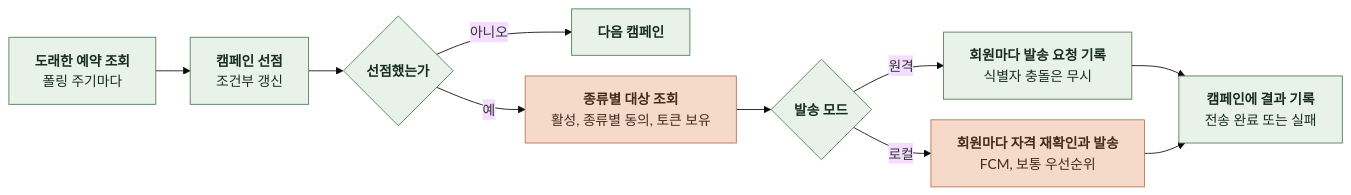
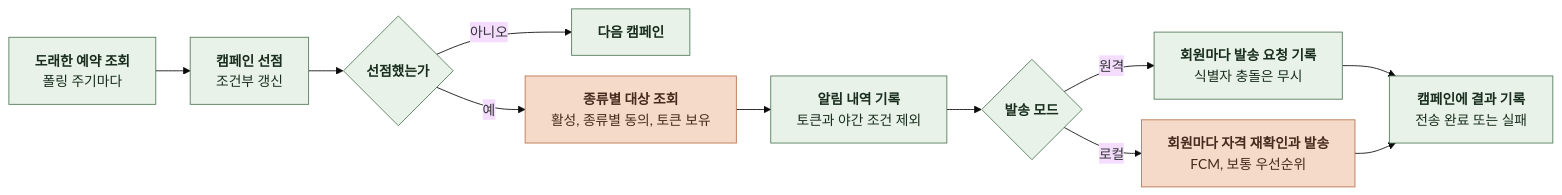
Before and after one commit to KIM-N-KANG/knk-harness: the eighth of 18 diagrams in docs/domain/NOTIFICATION/BACKEND/4-1-PIPELINES.md, drawn with Mermaid (base theme). The commit also changed other lines of this file and 18 other files, not shown here.

````diff
--- a/docs/domain/NOTIFICATION/BACKEND/4-1-PIPELINES.md
+++ b/docs/domain/NOTIFICATION/BACKEND/4-1-PIPELINES.md
@@ -232,23 +241,25 @@
 ```mermaid
 %%{init: {"flowchart": {"curve": "basis", "nodeSpacing": 24, "rankSpacing": 40}}}%%
 flowchart LR
     A["`**도래한 예약 조회**
 폴링 주기마다`"] --> B["`**캠페인 선점**
 조건부 갱신`"]
     B --> C{"`**선점했는가**`"}
     C -->|아니오| X["`**다음 캠페인**`"]
     C -->|예| D["`**종류별 대상 조회**
 활성, 종류별 동의, 토큰 보유`"]
-    D --> E{"`**발송 모드**`"}
+    D --> N["`**알림 내역 기록**
+토큰과 야간 조건 제외`"]
+    N --> E{"`**발송 모드**`"}
     E -->|원격| F["`**회원마다 발송 요청 기록**
 식별자 충돌은 무시`"]
     E -->|로컬| H["`**회원마다 자격 재확인과 발송**
 FCM, 보통 우선순위`"]
     F --> G["`**캠페인에 결과 기록**
 전송 완료 또는 실패`"]
     H --> G
     classDef comp fill:#E8F2E8,stroke:#527A59,color:#182D1D
     classDef task fill:#F5D9C9,stroke:#B97450,color:#452B1D
-    class A,B,C,E,F,G,X comp
+    class A,B,C,E,F,G,N,X comp
     class D,H task
 ```
````
